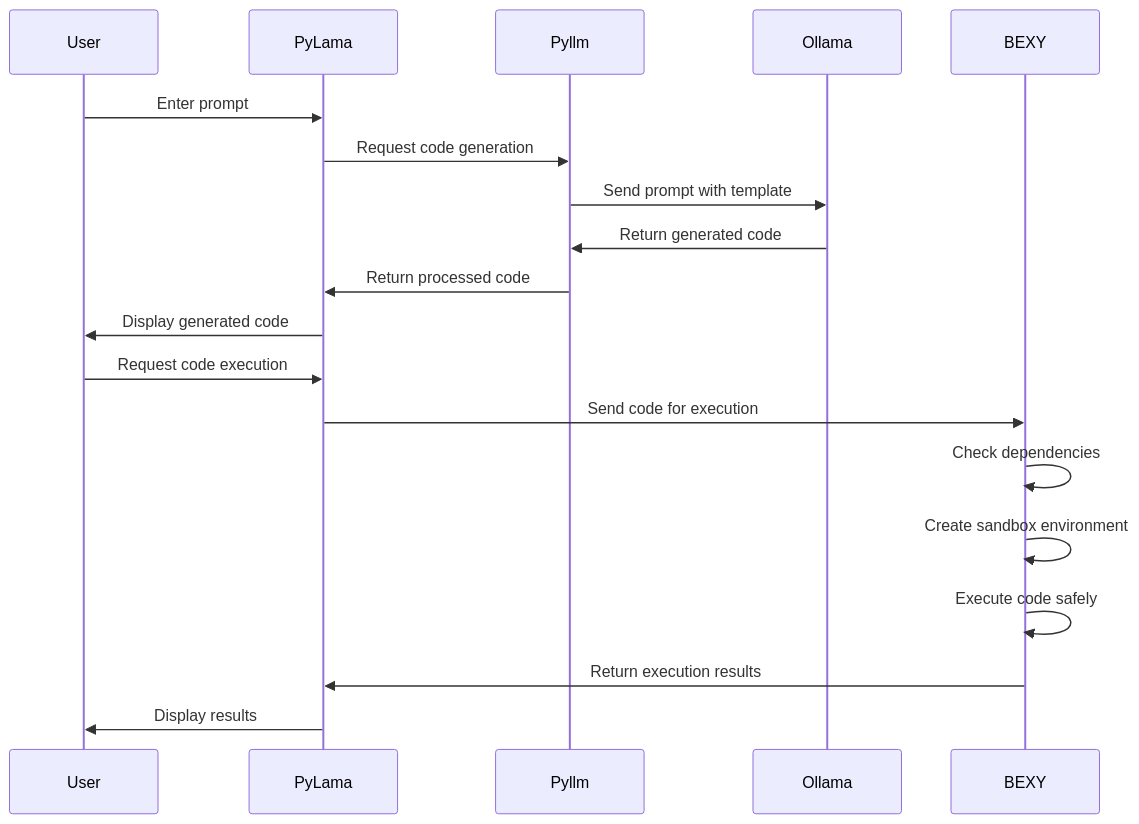
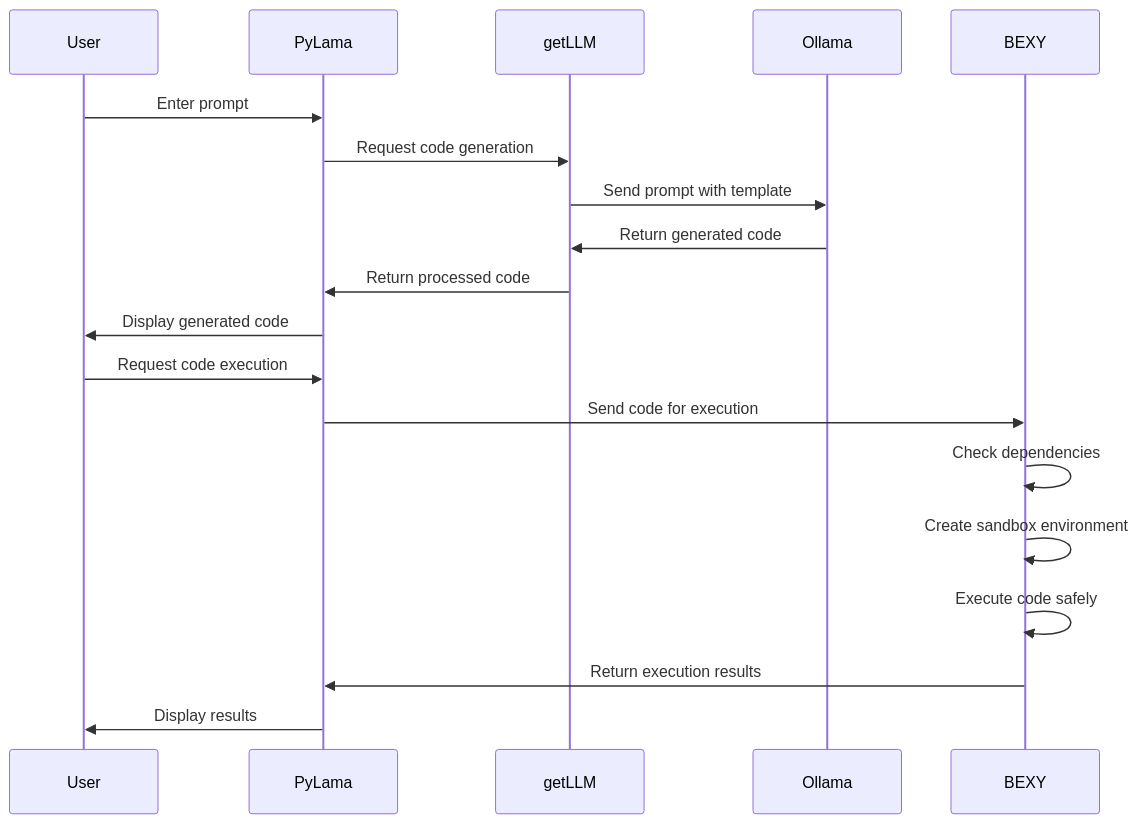
The third of 3 diagrams in README.md (py-lama/devlama), drawn with Mermaid before and after one commit. The commit also changed other lines of this file and 18 other files, not shown here.

````diff
--- a/README.md
+++ b/README.md
@@ -970,22 +970,22 @@
 ```mermaid
 sequenceDiagram
     participant User
     participant PyLama
-    participant Pyllm
+    participant getLLM
     participant Ollama
     participant BEXY
     
     User->>PyLama: Enter prompt
-    PyLama->>Pyllm: Request code generation
-    Pyllm->>Ollama: Send prompt with template
-    Ollama->>Pyllm: Return generated code
-    Pyllm->>PyLama: Return processed code
+    PyLama->>getLLM: Request code generation
+    getLLM->>Ollama: Send prompt with template
+    Ollama->>getLLM: Return generated code
+    getLLM->>PyLama: Return processed code
     PyLama->>User: Display generated code
     User->>PyLama: Request code execution
     PyLama->>BEXY: Send code for execution
     BEXY->>BEXY: Check dependencies
     BEXY->>BEXY: Create sandbox environment
     BEXY->>BEXY: Execute code safely
     BEXY->>PyLama: Return execution results
     PyLama->>User: Display results
 ```
````
